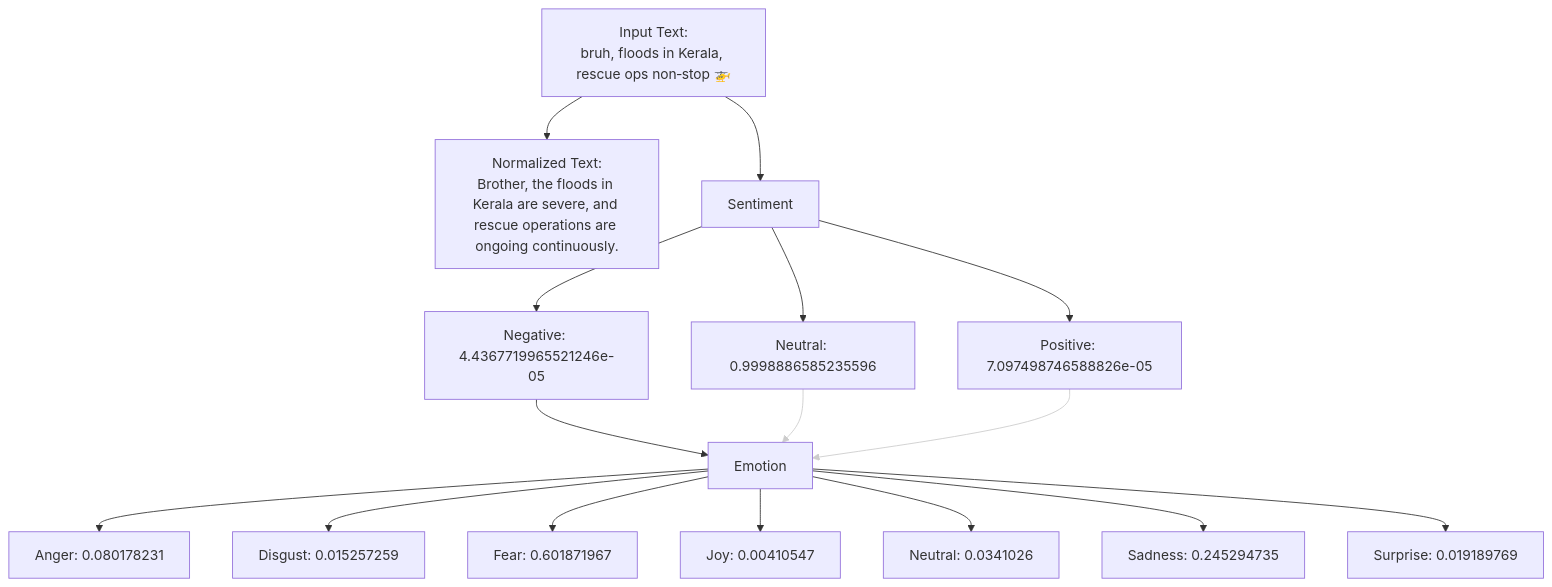
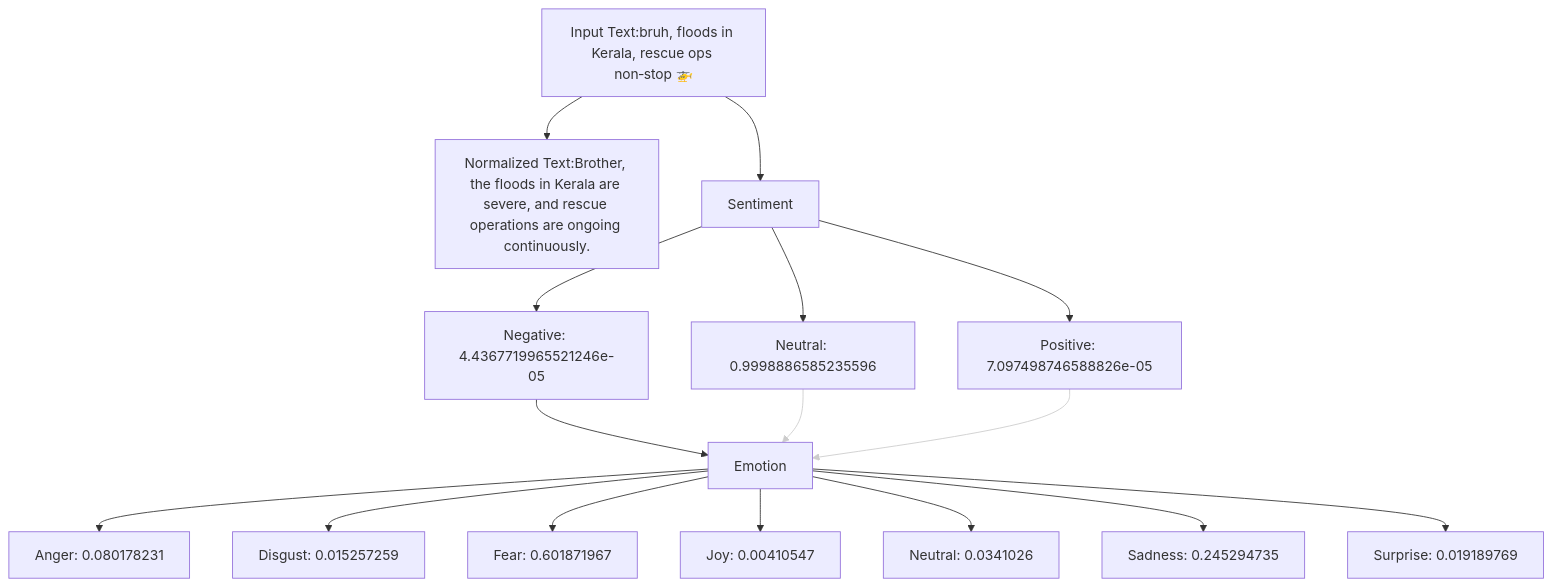
The third of 3 diagrams in README.md (ArchismanKarmakar/Tachygraphy-Microtext-Analysis-And-Normalization), drawn with Mermaid before and after one commit. The commit also changed other lines of this file, not shown here.

````diff
--- a/README.md
+++ b/README.md
@@ -163,42 +163,42 @@
 ```mermaid
 graph TD;
-    A["Input Text:\nbruh, floods in Kerala, rescue ops non‑stop 🚁"]
-    B["Normalized Text:\nBrother, the floods in Kerala are severe, and rescue operations are ongoing continuously."]
+    A["Input Text:bruh, floods in Kerala, rescue ops non‑stop 🚁"]
+    B["Normalized Text:Brother, the floods in Kerala are severe, and rescue operations are ongoing continuously."]
     C["Sentiment"]
     
     D["Negative: 4.4367719965521246e-05"]
     E["Neutral: 0.9998886585235596"]
     F["Positive: 7.097498746588826e-05"]
 
     G["Emotion"]
 
     H["Anger: 0.080178231"]
     I["Disgust: 0.015257259"]
     J["Fear: 0.601871967"]
     K["Joy: 0.00410547"]
     L["Neutral: 0.0341026"]
     M["Sadness: 0.245294735"]
     N["Surprise: 0.019189769"]
 
     A --> B
     A --> C
     C --> D
     C --> E
     C --> F
 
     D --> G
     E --> G
     F --> G
 
     G --> H
     G --> I
     G --> J
     G --> K
     G --> L
     G --> M
     G --> N
 
 %% Style the edges from "Neutral" and "Positive" to "Emotion" (edges 6 and 7)
 linkStyle 6 stroke:#cccccc, stroke-width:1px;
 linkStyle 7 stroke:#cccccc, stroke-width:1px;
 ```
````
